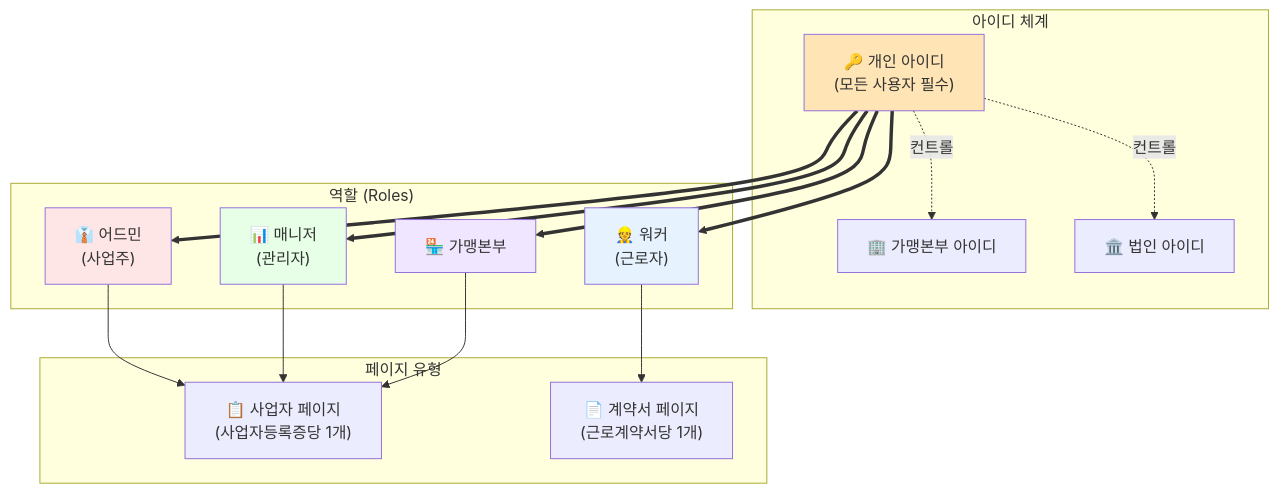
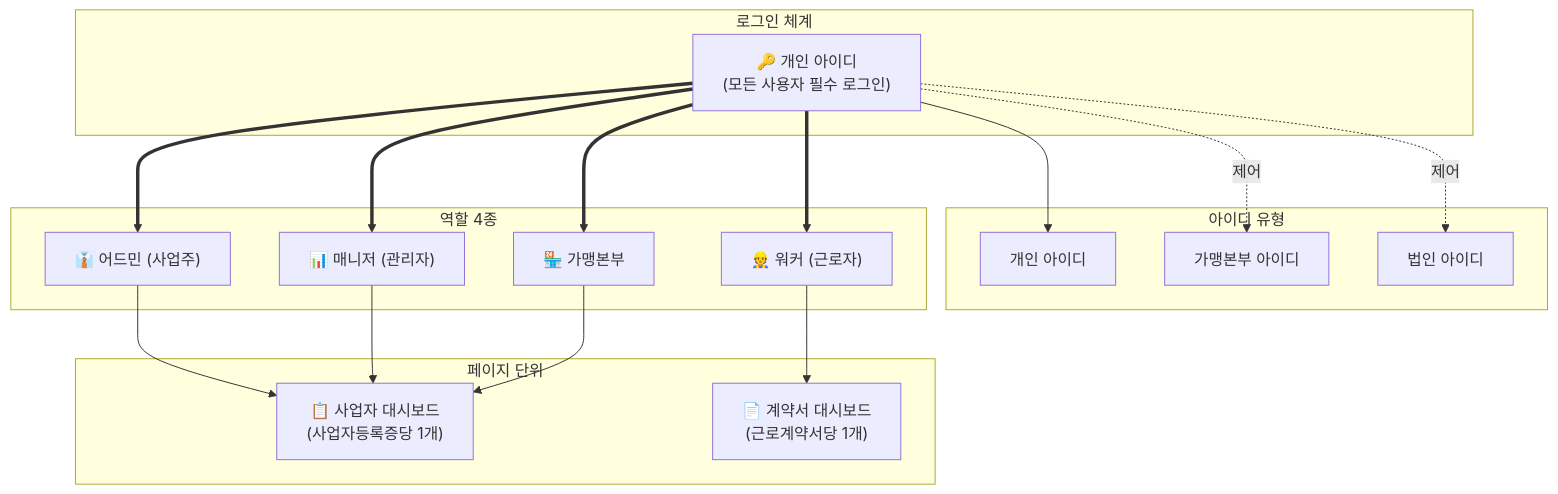
Before and after one commit to crazybass81/DOT: the first of 5 diagrams in ID_ROLE_PAGE_DIAGRAMS.md, drawn with Mermaid. The commit also changed other lines of this file, not shown here.

````diff
--- a/ID_ROLE_PAGE_DIAGRAMS.md
+++ b/ID_ROLE_PAGE_DIAGRAMS.md
@@ -3,39 +7,38 @@
 ```mermaid
 graph TB
-    subgraph "아이디 체계"
-        PersonalID["🔑 개인 아이디<br/>(모든 사용자 필수)"]
-        FranchiseID["🏢 가맹본부 아이디"]
-        CorporateID["🏛️ 법인 아이디"]
-        
-        PersonalID -.컨트롤.-> FranchiseID
-        PersonalID -.컨트롤.-> CorporateID
+    subgraph "로그인 체계"
+        PersonalID["🔑 개인 아이디<br/>(모든 사용자 필수 로그인)"]
     end
     
-    subgraph "역할 (Roles)"
-        Worker["👷 워커<br/>(근로자)"]
-        Admin["👔 어드민<br/>(사업주)"]
-        Manager["📊 매니저<br/>(관리자)"]
-        FranchiseRole["🏪 가맹본부"]
+    subgraph "아이디 유형"
+        PersonalType["개인 아이디"]
+        FranchiseType["가맹본부 아이디"]
+        CorporateType["법인 아이디"]
     end
     
-    subgraph "페이지 유형"
-        BusinessPage["📋 사업자 페이지<br/>(사업자등록증당 1개)"]
-        ContractPage["📄 계약서 페이지<br/>(근로계약서당 1개)"]
+    subgraph "역할 4종"
+        Worker["👷 워커 (근로자)"]
+        Admin["👔 어드민 (사업주)"]
+        Manager["📊 매니저 (관리자)"]
+        Franchise["🏪 가맹본부"]
     end
+    
+    subgraph "페이지 단위"
+        BusinessDashboard["📋 사업자 대시보드<br/>(사업자등록증당 1개)"]
+        ContractDashboard["📄 계약서 대시보드<br/>(근로계약서당 1개)"]
+    end
+    
+    PersonalID --> PersonalType
+    PersonalID -.제어.-> FranchiseType
+    PersonalID -.제어.-> CorporateType
     
     PersonalID ==> Worker
     PersonalID ==> Admin
     PersonalID ==> Manager
-    PersonalID ==> FranchiseRole
+    PersonalID ==> Franchise
     
-    Worker --> ContractPage
-    Admin --> BusinessPage
-    Manager --> BusinessPage
-    FranchiseRole --> BusinessPage
-    
-    style PersonalID fill:#FFE4B5
-    style Worker fill:#E6F3FF
-    style Admin fill:#FFE6E6
-    style Manager fill:#E6FFE6
-    style FranchiseRole fill:#F0E6FF
+    Admin --> BusinessDashboard
+    Manager --> BusinessDashboard
+    Franchise --> BusinessDashboard
+    Worker --> ContractDashboard
 ```
````
